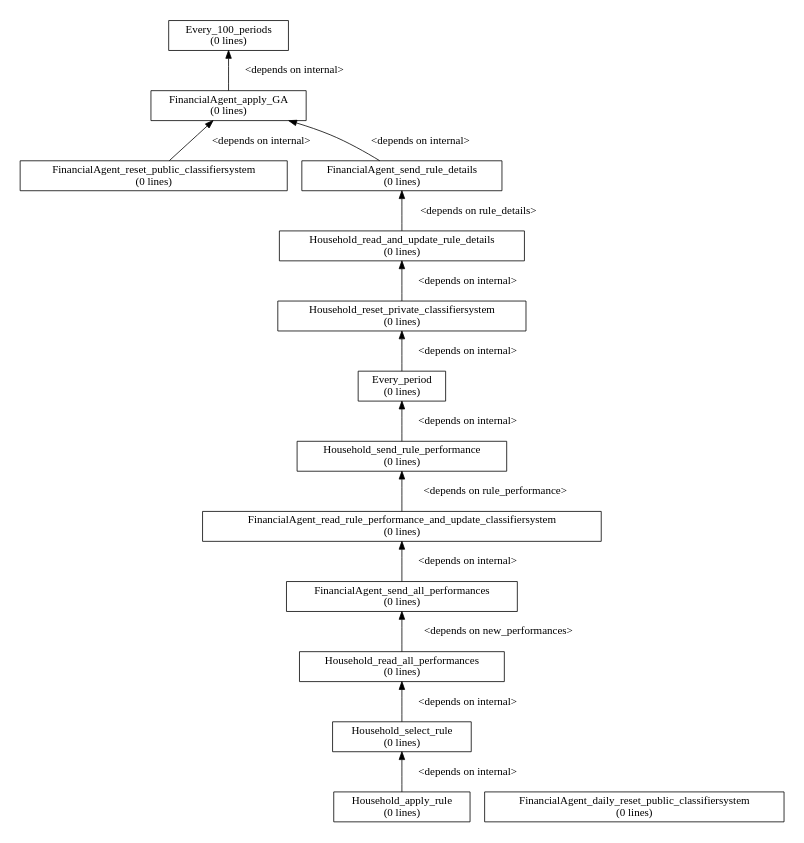
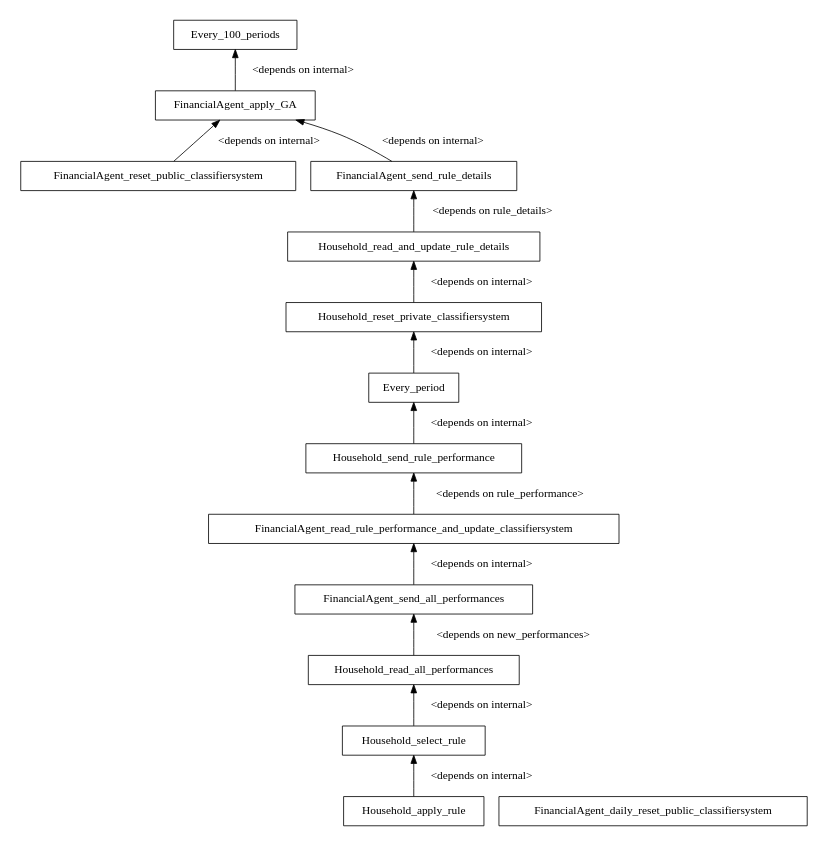
The diagram in models/AFM/afm_branches/initial/ewa_learning/dgraph.dot (ETACE/EURACE), drawn with Graphviz before and after one commit. The commit also changed 11 other files, not shown here.

```diff
--- a/models/AFM/afm_branches/initial/ewa_learning/dgraph.dot
+++ b/models/AFM/afm_branches/initial/ewa_learning/dgraph.dot
@@ -1,35 +1,33 @@
 digraph dependency_graph {
 	rankdir=BT;
 	size="8,5;"
 	node [shape = rect];
 	
 	/* Functions */
-	FinancialAgent_send_rule_details[height = 0.000000, label = "FinancialAgent_send_rule_details\n(0 lines)"]
-	FinancialAgent_reset_public_classifiersystem[height = 0.000000, label = "FinancialAgent_reset_public_classifiersystem\n(0 lines)"]
-	FinancialAgent_apply_GA[height = 0.000000, label = "FinancialAgent_apply_GA\n(0 lines)"]
-	Every_100_periods[height = 0.000000, label = "Every_100_periods\n(0 lines)"]
-	FinancialAgent_send_all_performances[height = 0.000000, label = "FinancialAgent_send_all_performances\n(0 lines)"]
-	FinancialAgent_read_rule_performance_and_update_classifiersystem[height = 0.000000, label = "FinancialAgent_read_rule_performance_and_update_classifiersystem\n(0 lines)"]
-	FinancialAgent_daily_reset_public_classifiersystem[height = 0.000000, label = "FinancialAgent_daily_reset_public_classifiersystem\n(0 lines)"]
-	Household_reset_private_classifiersystem[height = 0.000000, label = "Household_reset_private_classifiersystem\n(0 lines)"]
-	Household_read_and_update_rule_details[height = 0.000000, label = "Household_read_and_update_rule_details\n(0 lines)"]
-	Household_apply_rule[height = 0.000000, label = "Household_apply_rule\n(0 lines)"]
-	Household_select_rule[height = 0.000000, label = "Household_select_rule\n(0 lines)"]
-	Household_read_all_performances[height = 0.000000, label = "Household_read_all_performances\n(0 lines)"]
-	Household_send_rule_performance[height = 0.000000, label = "Household_send_rule_performance\n(0 lines)"]
-	Every_period[height = 0.000000, label = "Every_period\n(0 lines)"]
-	
-	/* Dependencies */
+	Every_period[label = "Every_period"]
+	Every_period -> Household_reset_private_classifiersystem [ label = "<depends on internal>" ];
+	Household_send_rule_performance[label = "Household_send_rule_performance"]
+	Household_send_rule_performance -> Every_period [ label = "<depends on internal>" ];
+	Household_read_all_performances[label = "Household_read_all_performances"]
+	Household_read_all_performances -> FinancialAgent_send_all_performances [ label = "<depends on new_performances>" ];
+	Household_select_rule[label = "Household_select_rule"]
+	Household_select_rule -> Household_read_all_performances [ label = "<depends on internal>" ];
+	Household_apply_rule[label = "Household_apply_rule"]
+	Household_apply_rule -> Household_select_rule [ label = "<depends on internal>" ];
+	Household_read_and_update_rule_details[label = "Household_read_and_update_rule_details"]
+	Household_read_and_update_rule_details -> FinancialAgent_send_rule_details [ label = "<depends on rule_details>" ];
+	Household_reset_private_classifiersystem[label = "Household_reset_private_classifiersystem"]
+	Household_reset_private_classifiersystem -> Household_read_and_update_rule_details [ label = "<depends on internal>" ];
+	FinancialAgent_daily_reset_public_classifiersystem[label = "FinancialAgent_daily_reset_public_classifiersystem"]
+	FinancialAgent_read_rule_performance_and_update_classifiersystem[label = "FinancialAgent_read_rule_performance_and_update_classifiersystem"]
+	FinancialAgent_read_rule_performance_and_update_classifiersystem -> Household_send_rule_performance [ label = "<depends on rule_performance>" ];
+	FinancialAgent_send_all_performances[label = "FinancialAgent_send_all_performances"]
+	FinancialAgent_send_all_performances -> FinancialAgent_read_rule_performance_and_update_classifiersystem [ label = "<depends on internal>" ];
+	Every_100_periods[label = "Every_100_periods"]
+	FinancialAgent_apply_GA[label = "FinancialAgent_apply_GA"]
+	FinancialAgent_apply_GA -> Every_100_periods [ label = "<depends on internal>" ];
+	FinancialAgent_reset_public_classifiersystem[label = "FinancialAgent_reset_public_classifiersystem"]
+	FinancialAgent_reset_public_classifiersystem -> FinancialAgent_apply_GA [ label = "<depends on internal>" ];
+	FinancialAgent_send_rule_details[label = "FinancialAgent_send_rule_details"]
 	FinancialAgent_send_rule_details -> FinancialAgent_apply_GA [ label = "<depends on internal>" ];
-	FinancialAgent_reset_public_classifiersystem -> FinancialAgent_apply_GA [ label = "<depends on internal>" ];
-	FinancialAgent_apply_GA -> Every_100_periods [ label = "<depends on internal>" ];
-	FinancialAgent_send_all_performances -> FinancialAgent_read_rule_performance_and_update_classifiersystem [ label = "<depends on internal>" ];
-	FinancialAgent_read_rule_performance_and_update_classifiersystem -> Household_send_rule_performance [ label = "<depends on rule_performance>" ];
-	Household_reset_private_classifiersystem -> Household_read_and_update_rule_details [ label = "<depends on internal>" ];
-	Household_read_and_update_rule_details -> FinancialAgent_send_rule_details [ label = "<depends on rule_details>" ];
-	Household_apply_rule -> Household_select_rule [ label = "<depends on internal>" ];
-	Household_select_rule -> Household_read_all_performances [ label = "<depends on internal>" ];
-	Household_read_all_performances -> FinancialAgent_send_all_performances [ label = "<depends on new_performances>" ];
-	Household_send_rule_performance -> Every_period [ label = "<depends on internal>" ];
-	Every_period -> Household_reset_private_classifiersystem [ label = "<depends on internal>" ];
 }
```
